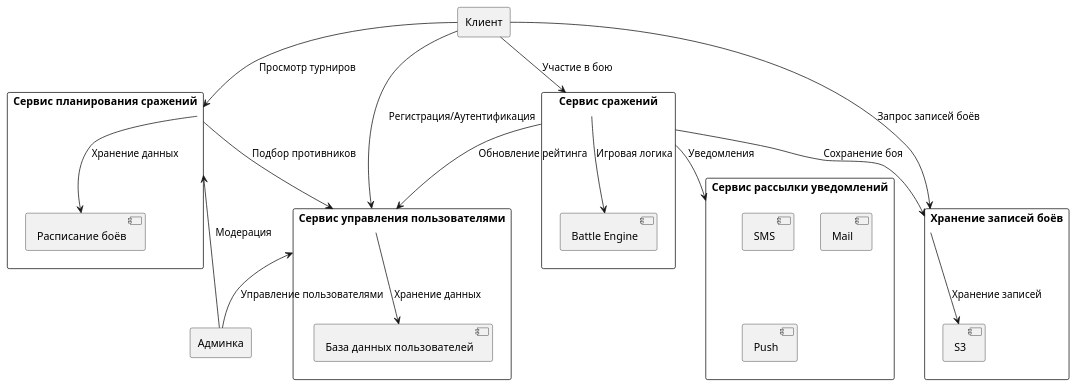
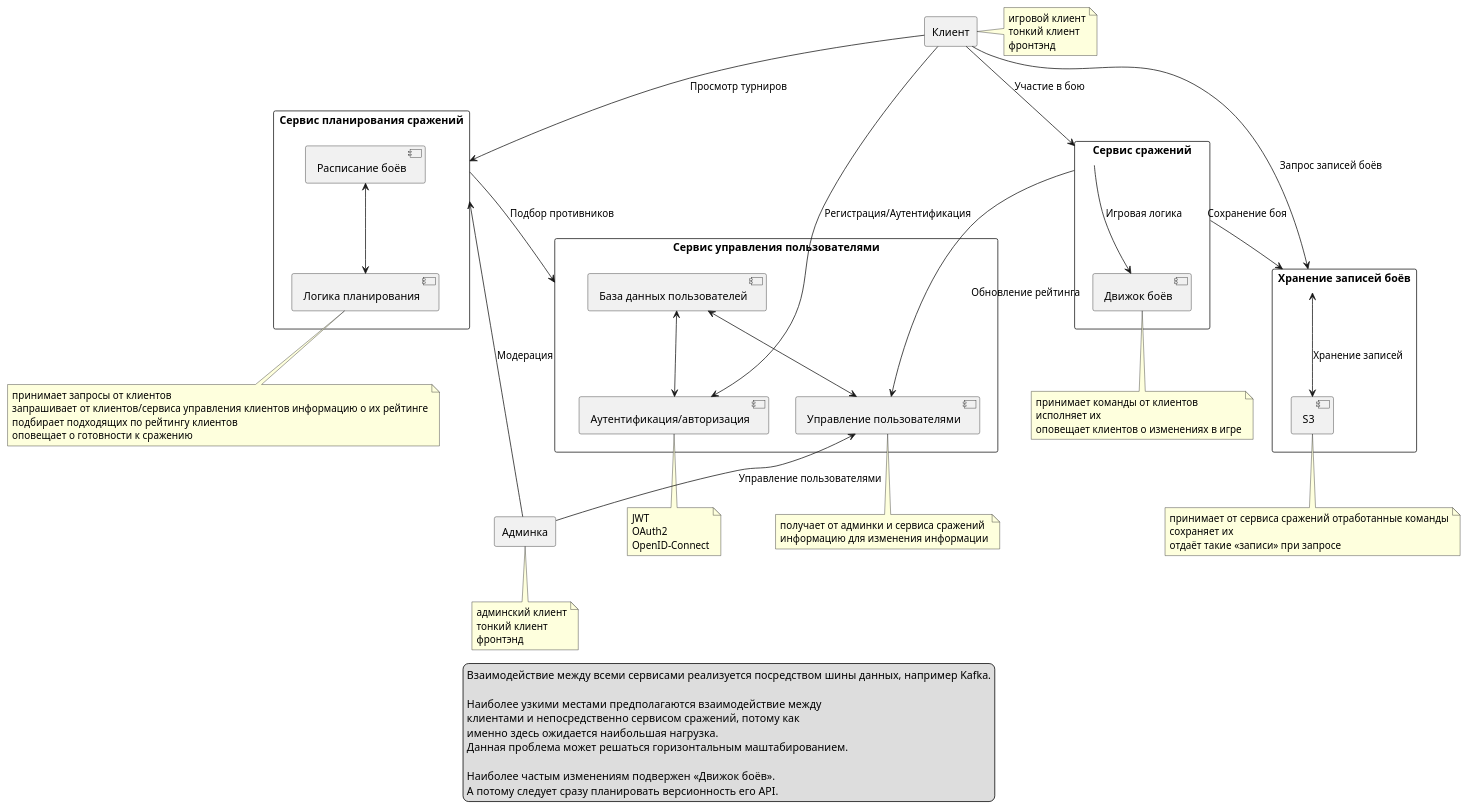
One commit to geniyz/ots25 changed the diagram in ms.plantuml. Above: the diagram before and after it, drawn with PlantUML.

Commit message:
feat: схема дополненна примечаниями и пояснениями

```diff
--- a/ms.plantuml
+++ b/ms.plantuml
@@ -1,48 +1,92 @@
 @startuml Архитектура микросервисов
 
 rectangle "Клиент" as gameclient
+note right of gameclient
+  игровой клиент
+  тонкий клиент
+  фронтэнд
+end note
+
 rectangle "Админка" as admin
+note bottom
+  админский клиент
+  тонкий клиент
+  фронтэнд
+end note
 
 rectangle "Сервис управления пользователями" as userservice {
-  database [База данных пользователей] as userdb
+  component [Аутентификация/авторизация] as userauth
+  database [База данных пользователей]   as userdb
+  component [Управление пользователями]  as usermgr
+  usermgr <-up-> userdb
+  userauth <-up-> userdb
 }
-userservice --> userdb : "Хранение данных"
+note bottom of userauth
+  JWT
+  OAuth2
+  OpenID-Connect
+end note
+note bottom of usermgr
+  получает от админки и сервиса сражений
+  информацию для изменения информации
+end note
 
 rectangle "Сервис планирования сражений" as tournamentservice {
   database [Расписание боёв] as tourndb
+  component [Логика планирования] as tournserv
+  tournserv <-up-> tourndb
 }
-tournamentservice --> tourndb : "Хранение данных"
+note bottom of tournserv
+  принимает запросы от клиентов
+  запрашивает от клиентов/сервиса управления клиентов информацию о их рейтинге
+  подбирает подходящих по рейтингу клиентов
+  оповещает о готовности к сражению
+end note
 
 rectangle "Сервис сражений" as battleservice {
-  [Battle Engine] as engine
+  [Движок боёв] as engine
 }
-
-rectangle "Сервис рассылки уведомлений" as notifications {
-    [SMS] as engineSMS
-    [Mail] as engineMail
-    [Push] as enginePush
-}
+note bottom
+  принимает команды от клиентов
+  исполняет их
+  оповещает клиентов о изменениях в игре
+end note
 
 rectangle "Хранение записей боёв" as replay {
-    [S3] as replaydb
+  [S3] as replaydb
+  replay <--> replaydb : "Хранение записей"
 }
-replay --> replaydb : "Хранение записей"
+note bottom
+  принимает от сервиса сражений отработанные команды
+  сохраняет их
+  отдаёт такие «записи» при запросе
+end note
 
 
-gameclient --> userservice : "Регистрация/Аутентификация"
+gameclient --> userauth : "Регистрация/Аутентификация"
 gameclient --> tournamentservice : "Просмотр турниров"
 gameclient --> replay : "Запрос записей боёв"
 gameclient --> battleservice : "Участие в бою"
 
 admin -up-> tournamentservice : "Модерация"
-admin -up-> userservice : "Управление пользователями"
+admin -up-> usermgr : "Управление пользователями"
 
 tournamentservice --> userservice : "Подбор противников"
 
-battleservice --> engine : "Игровая логика"
-battleservice --> userservice : "Обновление рейтинга"
-battleservice --> replay : "Сохранение боя"
-battleservice --> notifications : "Уведомления"
+battleservice --> engine  : "Игровая логика"
+battleservice --> usermgr : "Обновление рейтинга"
+battleservice --> replay  : "Сохранение боя"
 
+legend bottom
+    Взаимодействие между всеми сервисами реализуется посредством шины данных, например Kafka.
+
+    Наиболее узкими местами предполагаются взаимодействие между
+    клиентами и непосредственно сервисом сражений, потому как
+    именно здесь ожидается наибольшая нагрузка.
+    Данная проблема может решаться горизонтальным маштабированием.
+
+    Наиболее частым изменениям подвержен «Движок боёв».
+    А потому следует сразу планировать версионность его API.
+end legend
 
 @enduml
```
